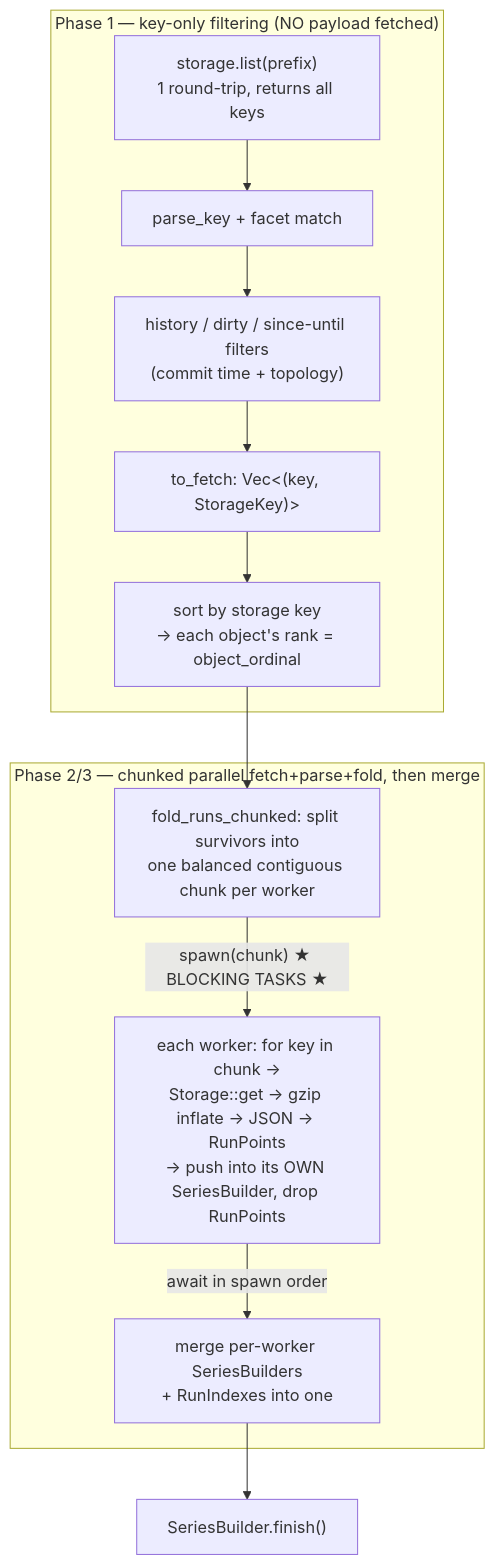
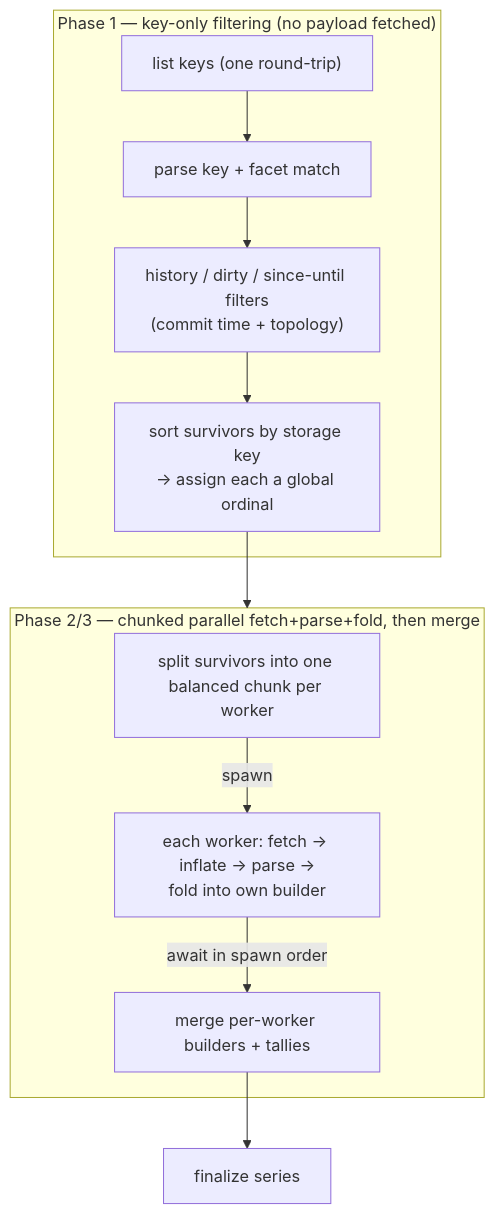
One commit to folo-rs/folo changed the second of 4 diagrams in packages/cargo-bench-history/docs/analyze.md. Above: the diagram before and after it, drawn with Mermaid. The commit also changed other lines of this file and 8 other files, not shown here.

````diff
--- a/packages/cargo-bench-history/docs/analyze.md
+++ b/packages/cargo-bench-history/docs/analyze.md
@@ -66,15 +43,15 @@
 ```mermaid
 flowchart TD
-  subgraph P1["Phase 1 — key-only filtering (NO payload fetched)"]
-    L["storage.list(prefix)\n1 round-trip, returns all keys"] --> KF["parse_key + facet match"]
+  subgraph P1["Phase 1 — key-only filtering (no payload fetched)"]
+    L["list keys (one round-trip)"] --> KF["parse key + facet match"]
     KF --> WF["history / dirty / since-until filters\n(commit time + topology)"]
-    WF --> TF["to_fetch: Vec<(key, StorageKey)>"]
-    TF --> SK["sort by storage key\n→ each object's rank = object_ordinal"]
+    WF --> SK["sort survivors by storage key\n→ assign each a global ordinal"]
   end
-  SK --> LOAD
+  SK --> P23
   subgraph P23["Phase 2/3 — chunked parallel fetch+parse+fold, then merge"]
-    LOAD["fold_runs_chunked: split survivors into\none balanced contiguous chunk per worker"] -->|"spawn(chunk) ★ BLOCKING TASKS ★"| WORK["each worker: for key in chunk →\nStorage::get → gzip inflate → JSON → RunPoints\n→ push into its OWN SeriesBuilder, drop RunPoints"]
-    WORK -->|"await in spawn order"| MERGE["merge per-worker SeriesBuilders\n+ RunIndexes into one"]
+    LOAD["split survivors into one balanced chunk per worker"]
+    LOAD -->|spawn| WORK["each worker: fetch → inflate → parse →\nfold into own builder"]
+    WORK -->|await in spawn order| MERGE["merge per-worker builders + tallies"]
   end
-  MERGE --> FIN["SeriesBuilder.finish()"]
+  MERGE --> FIN["finalize series"]
 ```
````
